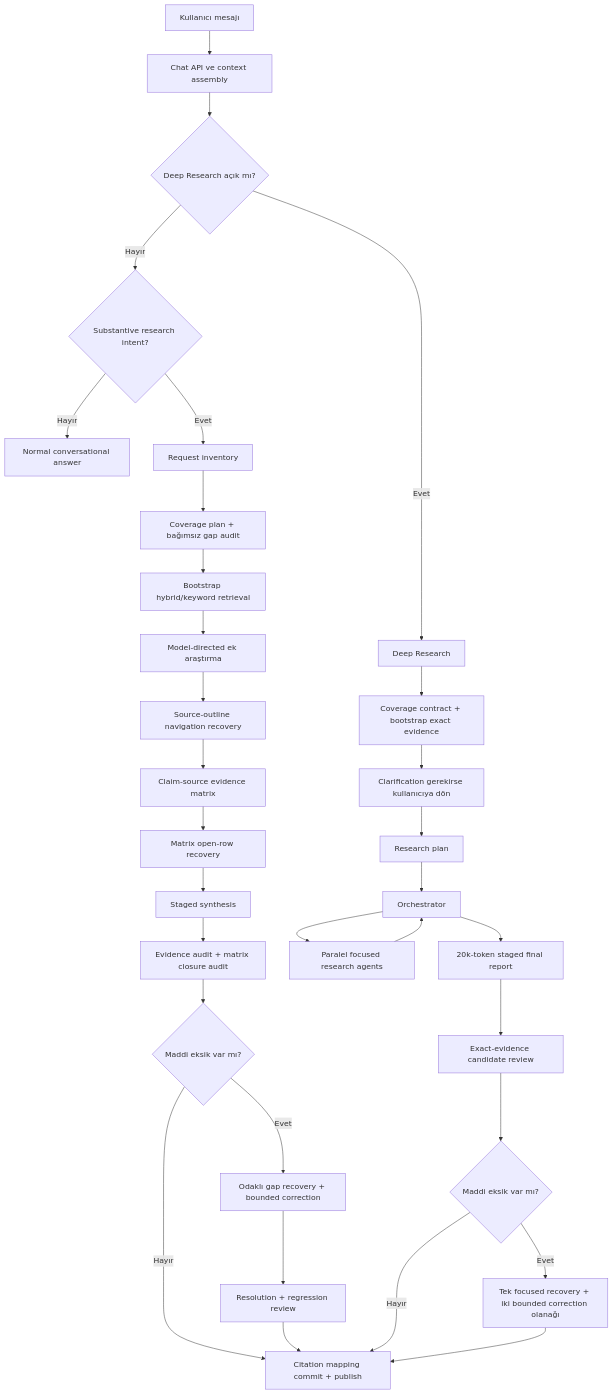
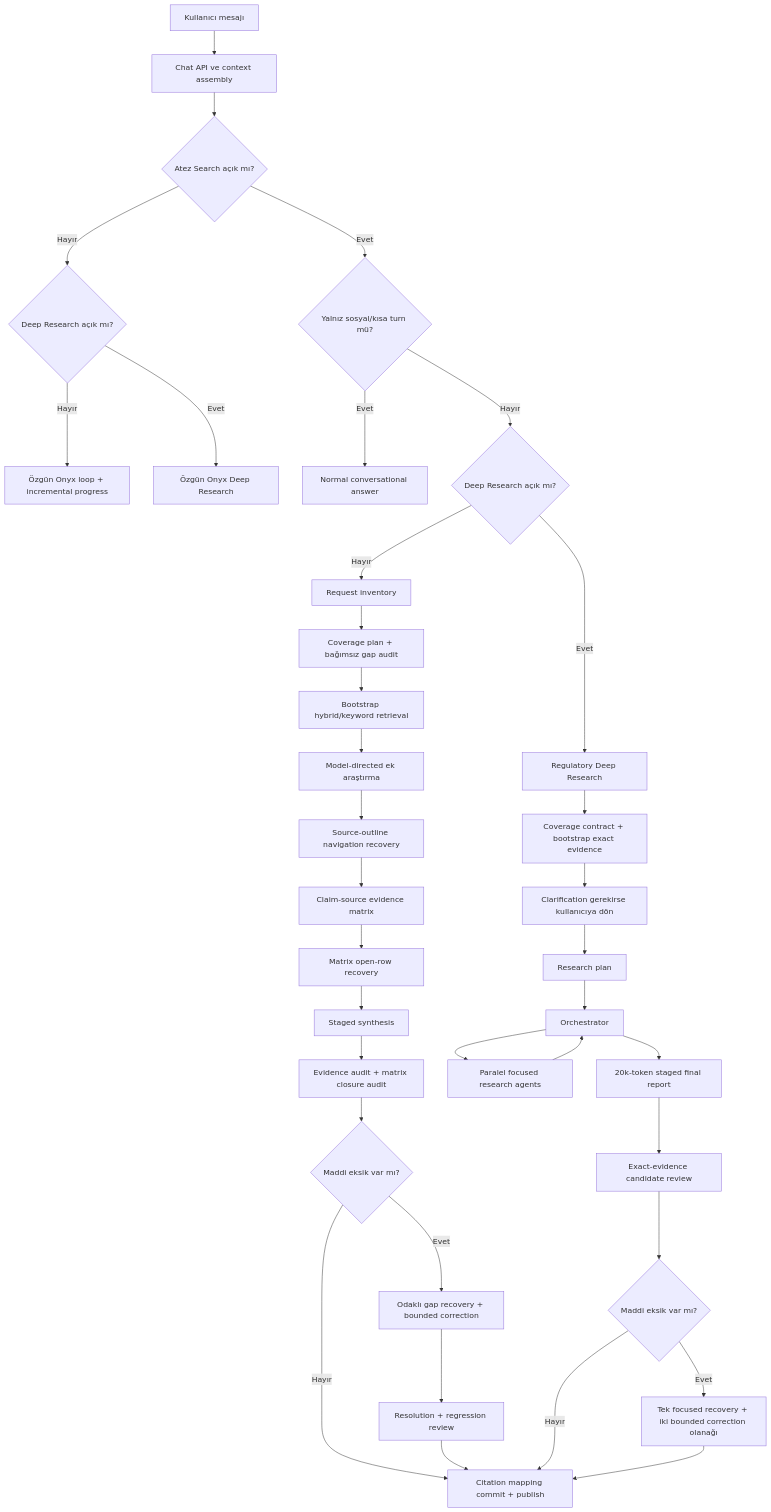
Before and after one commit to atezsoftware/customs-regulations-chatbot: the first of 3 diagrams in docs/deep-research-workflow.md, drawn with Mermaid. The commit also changed other lines of this file and 21 other files, not shown here.

Commit message:
feat: add opt-in Atez Search mode

````diff
--- a/docs/deep-research-workflow.md
+++ b/docs/deep-research-workflow.md
@@ -48,36 +64,40 @@
 ```mermaid
 flowchart TD
     U["Kullanıcı mesajı"] --> API["Chat API ve context assembly"]
-    API --> MODE{"Deep Research açık mı?"}
+    API --> ATEZ{"Atez Search açık mı?"}
+    ATEZ -->|Hayır| DR{"Deep Research açık mı?"}
+    DR -->|Hayır| ONYX["Özgün Onyx loop + incremental progress"]
+    DR -->|Evet| ODR["Özgün Onyx Deep Research"]
 
-    MODE -->|Hayır| N0{"Substantive research intent?"}
-    N0 -->|Hayır| TALK["Normal conversational answer"]
-    N0 -->|Evet| N1["Request inventory"]
-    N1 --> N2["Coverage plan + bağımsız gap audit"]
-    N2 --> N3["Bootstrap hybrid/keyword retrieval"]
-    N3 --> N4["Model-directed ek araştırma"]
-    N4 --> N5["Source-outline navigation recovery"]
-    N5 --> N6["Claim-source evidence matrix"]
-    N6 --> N7["Matrix open-row recovery"]
-    N7 --> N8["Staged synthesis"]
-    N8 --> N9["Evidence audit + matrix closure audit"]
-    N9 --> N10{"Maddi eksik var mı?"}
-    N10 -->|Evet| N11["Odaklı gap recovery + bounded correction"]
-    N11 --> N12["Resolution + regression review"]
-    N10 -->|Hayır| PUB["Citation mapping commit + publish"]
-    N12 --> PUB
+    ATEZ -->|Evet| SOCIAL{"Yalnız sosyal/kısa turn mü?"}
+    SOCIAL -->|Evet| TALK["Normal conversational answer"]
+    SOCIAL -->|Hayır| DEEP{"Deep Research açık mı?"}
+    DEEP -->|Hayır| A1["Request inventory"]
+    A1 --> A2["Coverage plan + bağımsız gap audit"]
+    A2 --> A3["Bootstrap hybrid/keyword retrieval"]
+    A3 --> A4["Model-directed ek araştırma"]
+    A4 --> A5["Source-outline navigation recovery"]
+    A5 --> A6["Claim-source evidence matrix"]
+    A6 --> A7["Matrix open-row recovery"]
+    A7 --> A8["Staged synthesis"]
+    A8 --> A9["Evidence audit + matrix closure audit"]
+    A9 --> A10{"Maddi eksik var mı?"}
+    A10 -->|Evet| A11["Odaklı gap recovery + bounded correction"]
+    A11 --> A12["Resolution + regression review"]
+    A10 -->|Hayır| PUB["Citation mapping commit + publish"]
+    A12 --> PUB
 
-    MODE -->|Evet| D0["Deep Research"]
+    DEEP -->|Evet| D0["Regulatory Deep Research"]
     D0 --> D1["Coverage contract + bootstrap exact evidence"]
     D1 --> D2["Clarification gerekirse kullanıcıya dön"]
     D2 --> D3["Research plan"]
     D3 --> D4["Orchestrator"]
     D4 --> D5["Paralel focused research agents"]
     D5 --> D4
     D4 --> D6["20k-token staged final report"]
     D6 --> D7["Exact-evidence candidate review"]
     D7 --> D8{"Maddi eksik var mı?"}
     D8 -->|Evet| D9["Tek focused recovery + iki bounded correction olanağı"]
     D8 -->|Hayır| PUB
     D9 --> PUB
 ```
````
